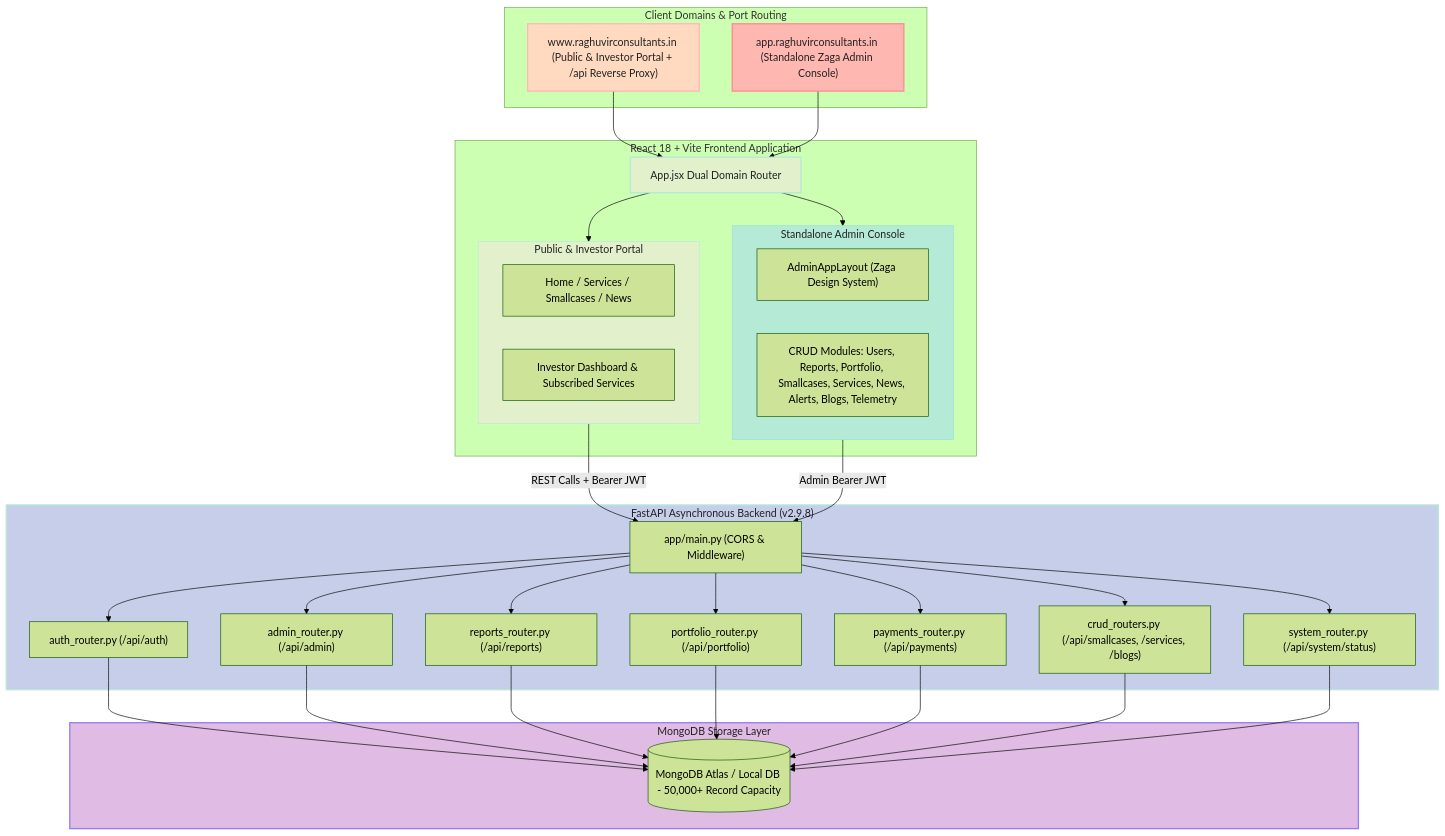
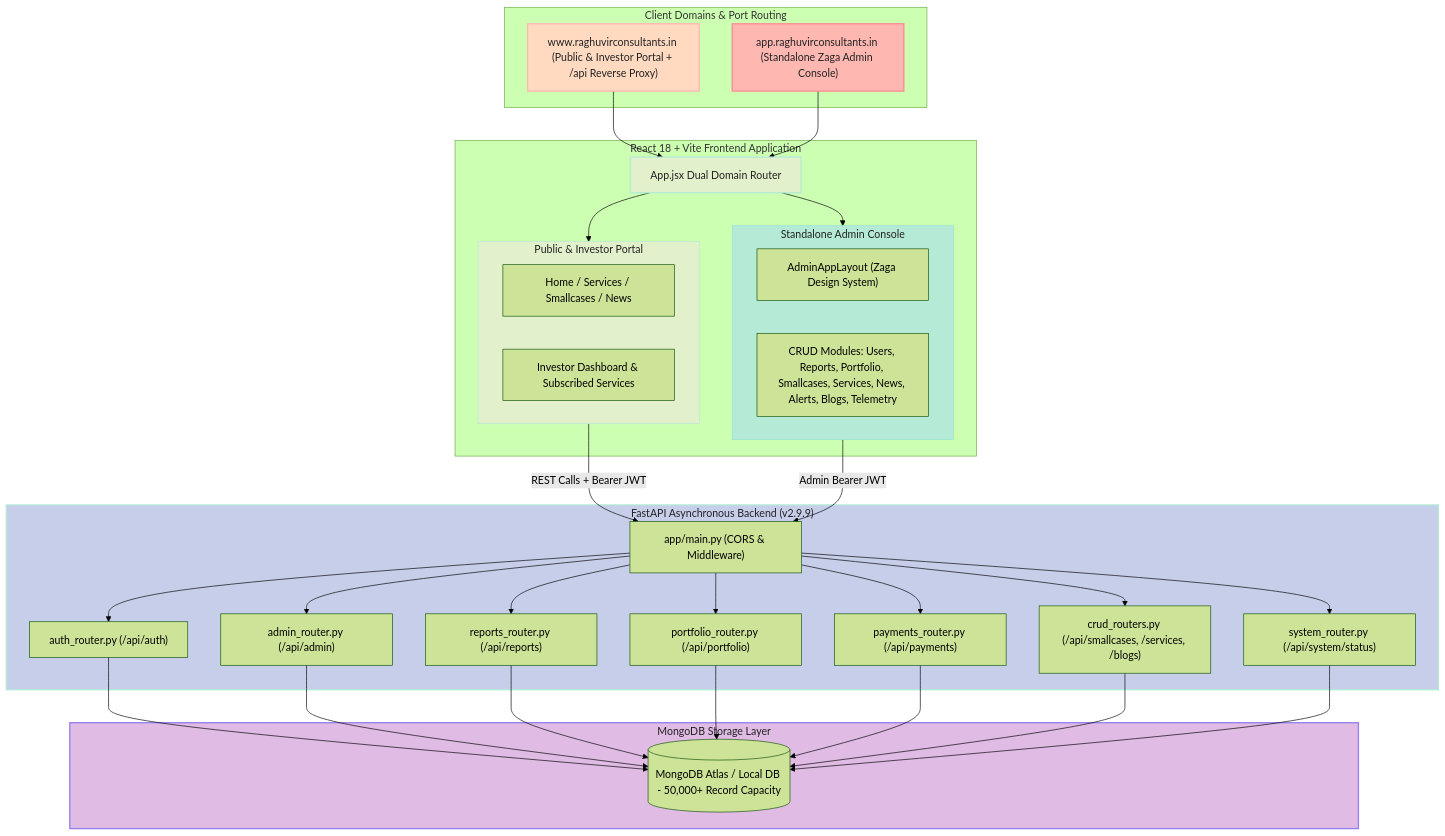
Before and after one commit to tejasrsuthar/raghuvirconsultants-site: the first of 2 diagrams in backend/docs/ARCHITECTURE.md, drawn with Mermaid (forest theme). The commit also changed other lines of this file and 10 other files, not shown here.

````diff
--- a/backend/docs/ARCHITECTURE.md
+++ b/backend/docs/ARCHITECTURE.md
@@ -14,70 +14,70 @@
 ```mermaid
 graph TD
     subgraph ClientDomains["Client Domains & Port Routing"]
         PublicDomain["www.raghuvirconsultants.in (Public & Investor Portal + /api Reverse Proxy)"]
         AdminDomain["app.raghuvirconsultants.in (Standalone Zaga Admin Console)"]
     end
 
     subgraph ReactFrontend["React 18 + Vite Frontend Application"]
         AppRouter["App.jsx Dual Domain Router"]
         
         subgraph PublicPortal["Public & Investor Portal"]
           PublicViews["Home / Services / Smallcases / News"]
           InvestorPortal["Investor Dashboard & Subscribed Services"]
         end
 
         subgraph ZagaAdmin["Standalone Admin Console"]
           AdminLayout["AdminAppLayout (Zaga Design System)"]
           AdminModules["CRUD Modules: Users, Reports, Portfolio, Smallcases, Services, News, Alerts, Blogs, Telemetry"]
         end
       end
 
-    subgraph FastAPIServer["FastAPI Asynchronous Backend (v2.9.8)"]
+    subgraph FastAPIServer["FastAPI Asynchronous Backend (v2.9.9)"]
         API["app/main.py (CORS & Middleware)"]
         AuthRouter["auth_router.py (/api/auth)"]
         AdminRouter["admin_router.py (/api/admin)"]
         ReportsRouter["reports_router.py (/api/reports)"]
         PortfolioRouter["portfolio_router.py (/api/portfolio)"]
         PaymentsRouter["payments_router.py (/api/payments)"]
         CRUDRouters["crud_routers.py (/api/smallcases, /services, /blogs)"]
         SystemRouter["system_router.py (/api/system/status)"]
     end
 
     subgraph DataStore["MongoDB Storage Layer"]
         MongoDB[(MongoDB Atlas / Local DB - 50,000+ Record Capacity)]
     end
 
     PublicDomain --> AppRouter
     AdminDomain --> AppRouter
 
     AppRouter --> PublicPortal
     AppRouter --> ZagaAdmin
 
     PublicPortal -->|REST Calls + Bearer JWT| API
     ZagaAdmin -->|Admin Bearer JWT| API
 
     API --> AuthRouter
     API --> AdminRouter
     API --> ReportsRouter
     API --> PortfolioRouter
     API --> PaymentsRouter
     API --> CRUDRouters
     API --> SystemRouter
 
     AuthRouter --> MongoDB
     AdminRouter --> MongoDB
     ReportsRouter --> MongoDB
     PortfolioRouter --> MongoDB
     PaymentsRouter --> MongoDB
     CRUDRouters --> MongoDB
     SystemRouter --> MongoDB
 
     %% Pastel Color Palette Styling
     style PublicDomain fill:#FFDAC1,stroke:#FFB7B2,stroke-width:2px,color:#222;
     style AdminDomain fill:#FFB7B2,stroke:#FF8B94,stroke-width:2px,color:#222;
     style AppRouter fill:#E2F0CB,stroke:#B5EAD7,stroke-width:2px,color:#222;
     style PublicPortal fill:#E2F0CB,stroke:#B5EAD7,stroke-width:1px,color:#222;
     style ZagaAdmin fill:#B5EAD7,stroke:#93E1D8,stroke-width:1px,color:#222;
     style FastAPIServer fill:#C7CEEA,stroke:#B5EAD7,stroke-width:2px,color:#222;
     style DataStore fill:#E0BBE4,stroke:#957FEF,stroke-width:2px,color:#222;
 ```
````
